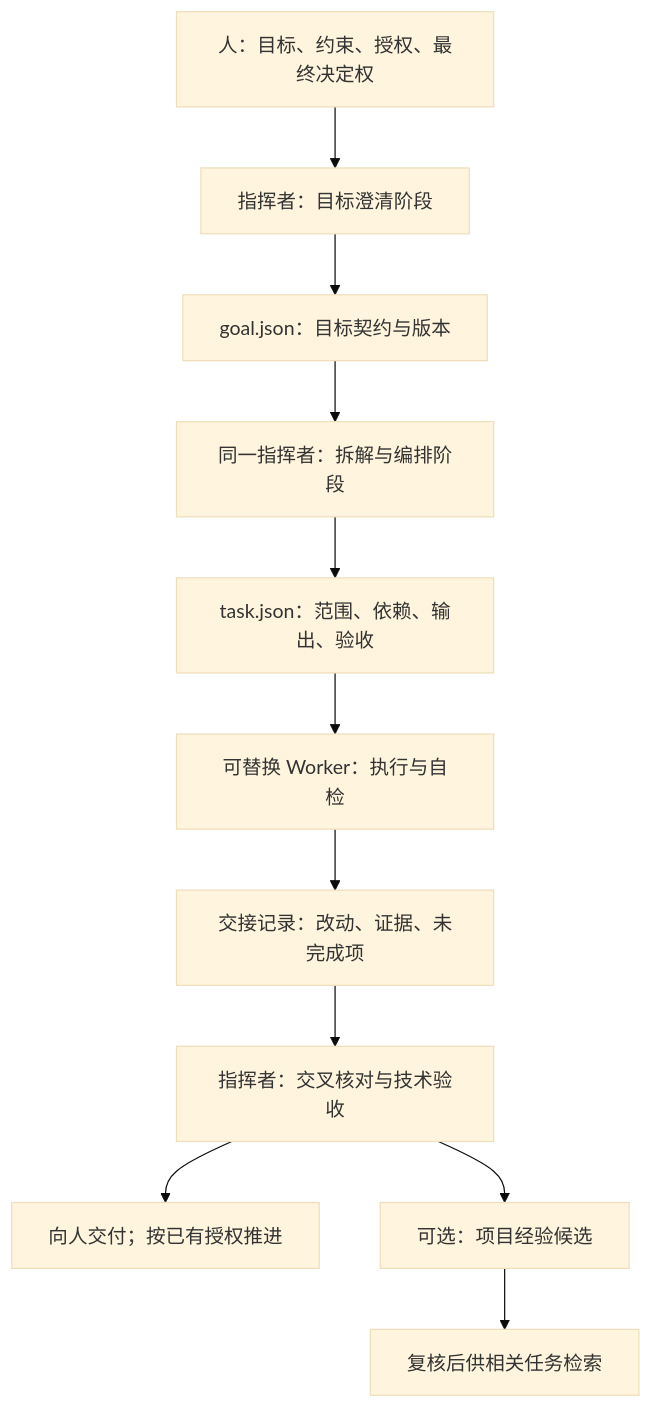
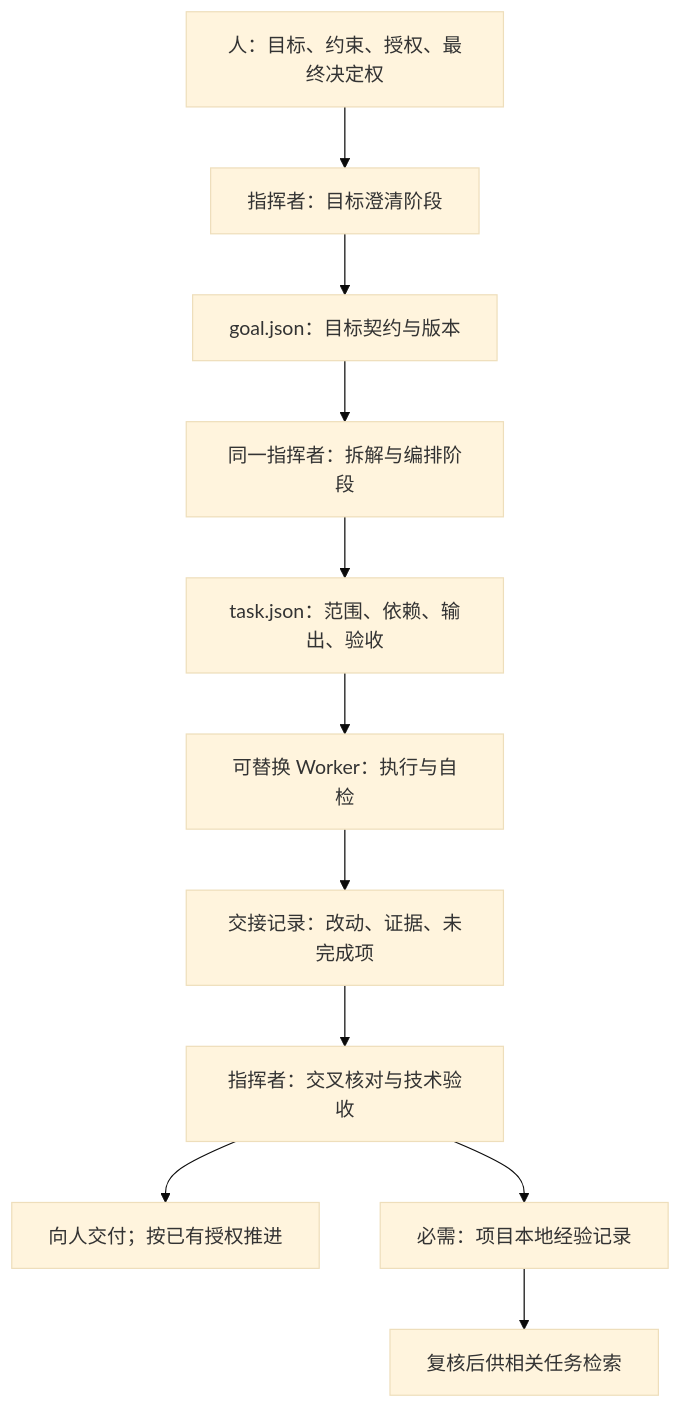
Before and after one commit to THEBLUEGHOSTSSSS/agent-orchestration-workflow: the diagram in docs/structured-handoff.md, drawn with Mermaid (base theme). The commit also changed other lines of this file and 28 other files, not shown here.

````diff
--- a/docs/structured-handoff.md
+++ b/docs/structured-handoff.md
@@ -24,13 +24,13 @@
 ```mermaid
 flowchart TD
     H[人：目标、约束、授权、最终决定权] --> A[指挥者：目标澄清阶段]
     A --> G[goal.json：目标契约与版本]
     G --> B[同一指挥者：拆解与编排阶段]
     B --> T[task.json：范围、依赖、输出、验收]
     T --> W[可替换 Worker：执行与自检]
     W --> R[交接记录：改动、证据、未完成项]
     R --> C[指挥者：交叉核对与技术验收]
     C --> D[向人交付；按已有授权推进]
-    C --> E[可选：项目经验候选]
+    C --> E[必需：项目本地经验记录]
     E --> V[复核后供相关任务检索]
 ```
````
